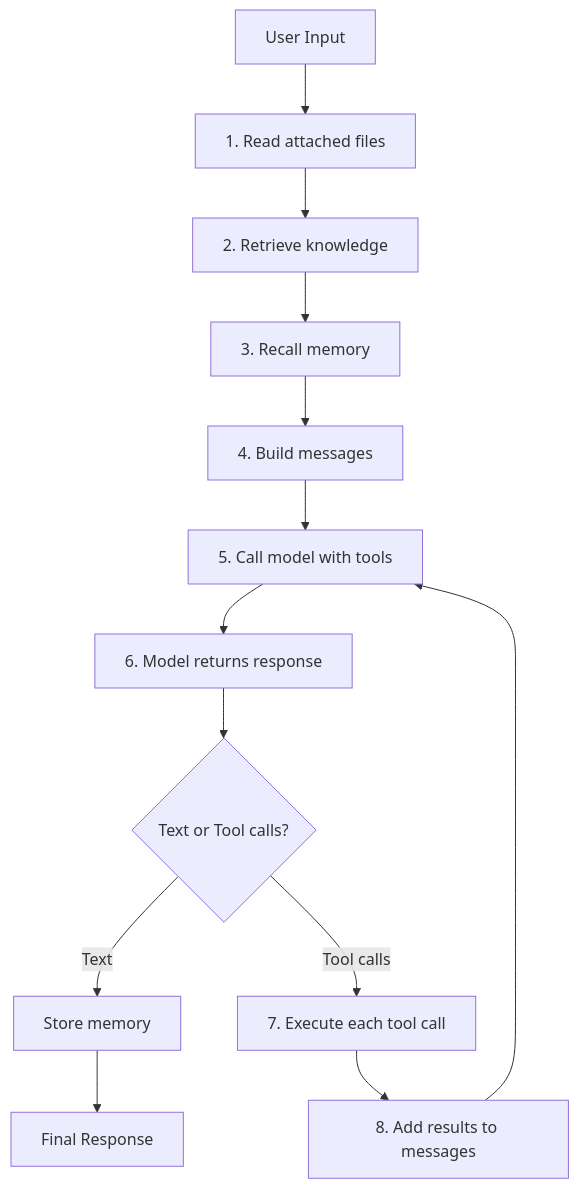
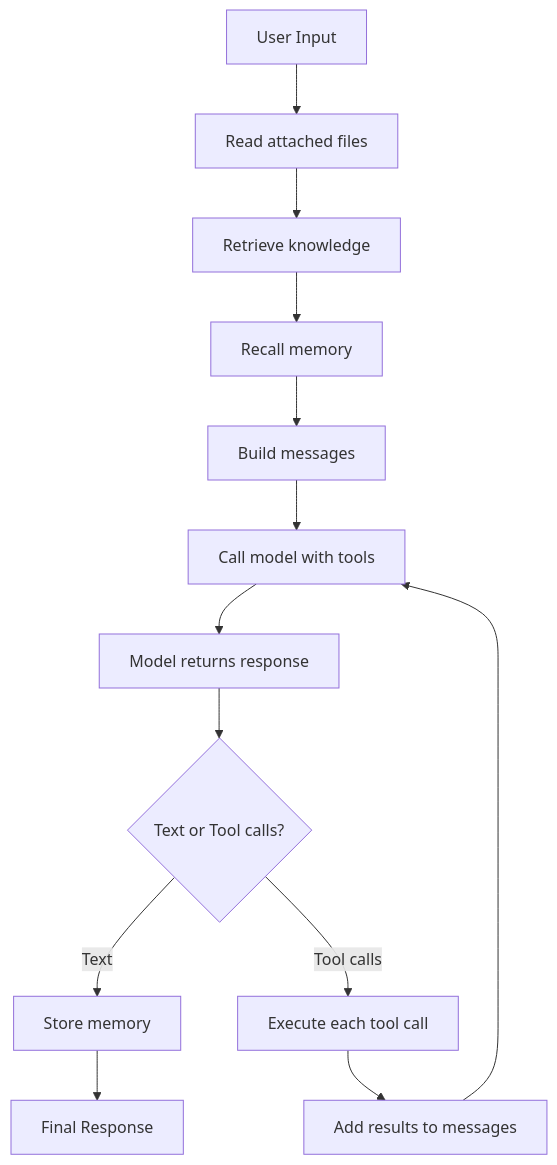
One commit to definableai/definable.ai changed the diagram in definable/docs/agents/overview.mdx. Above: the diagram before and after it, drawn with Mermaid. The commit also changed 2 other files, not shown here.

Commit message:
Fix docs formatting and update gitignore

`````diff
--- a/definable/docs/agents/overview.mdx
+++ b/definable/docs/agents/overview.mdx
@@ -14,15 +14,15 @@
-````mermaid
+```mermaid
 flowchart TD
-  UserInput["User Input"] --> ReadFiles["1. Read attached files"]
-  ReadFiles --> RetrieveKnowledge["2. Retrieve knowledge"]
-  RetrieveKnowledge --> RecallMemory["3. Recall memory"]
-  RecallMemory --> BuildMsgs["4. Build messages"]
-  BuildMsgs --> CallModel["5. Call model with tools"]
-  CallModel --> ModelResp["6. Model returns response"]
+  UserInput["User Input"] --> ReadFiles["Read attached files"]
+  ReadFiles --> RetrieveKnowledge["Retrieve knowledge"]
+  RetrieveKnowledge --> RecallMemory["Recall memory"]
+  RecallMemory --> BuildMsgs["Build messages"]
+  BuildMsgs --> CallModel["Call model with tools"]
+  CallModel --> ModelResp["Model returns response"]
   ModelResp --> Decision{Text or Tool calls?}
   Decision -->|Text| StoreMemory["Store memory"]
   StoreMemory --> FinalResp["Final Response"]
-  Decision -->|Tool calls| ExecTools["7. Execute each tool call"]
-  ExecTools --> AddResults["8. Add results to messages"]
+  Decision -->|Tool calls| ExecTools["Execute each tool call"]
+  ExecTools --> AddResults["Add results to messages"]
   AddResults --> CallModel
-````
+```
`````
